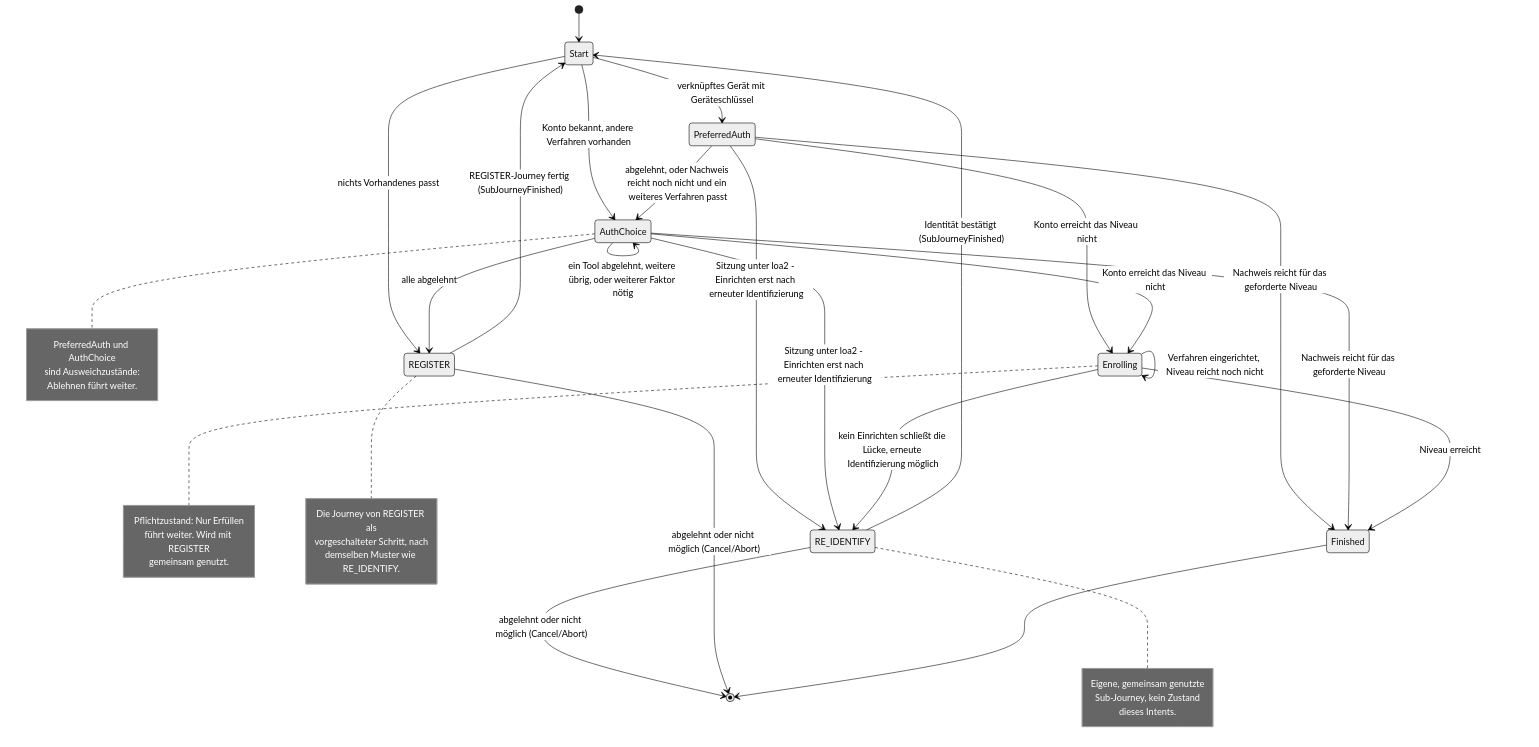
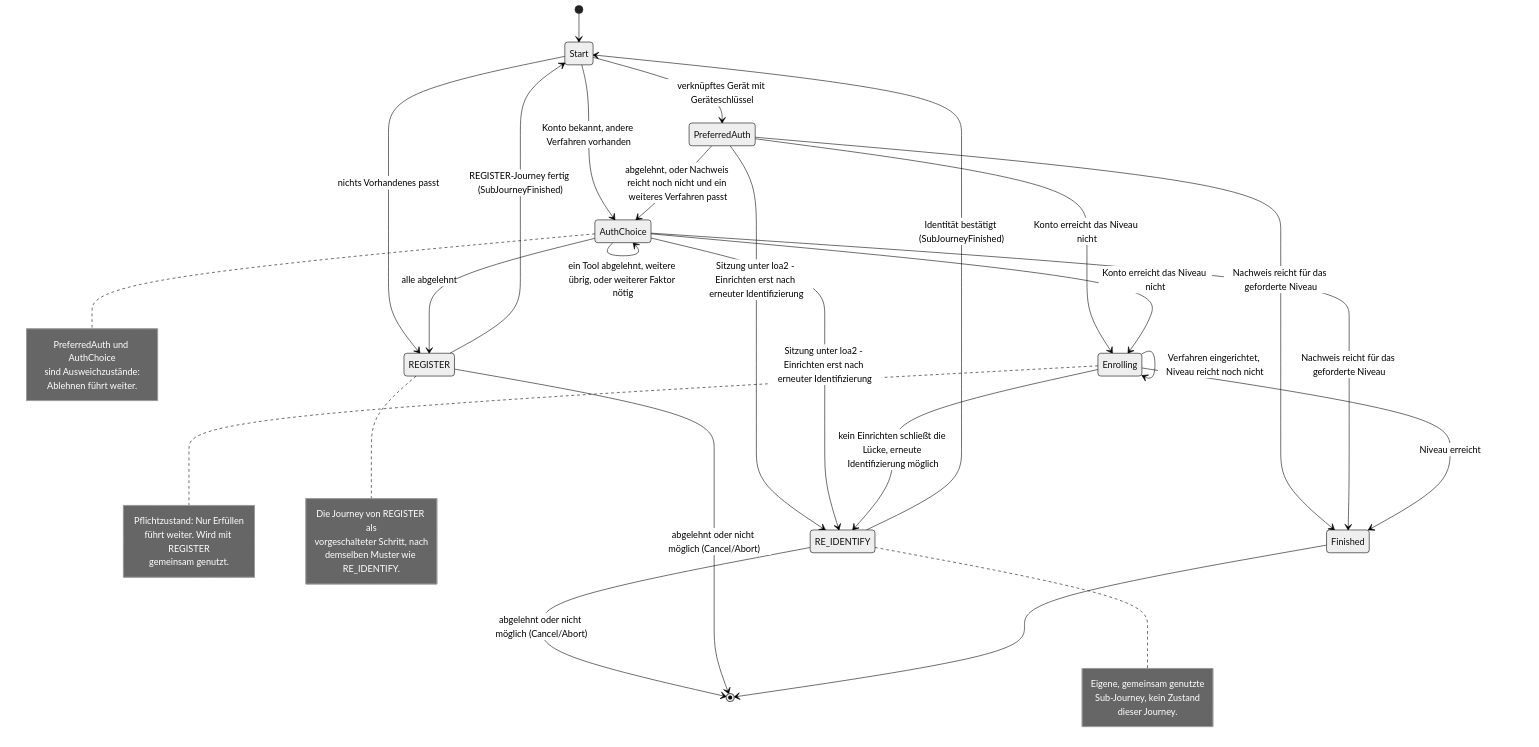
The diagram in docs/journeys/fast-access.md (rpreissel/identity-demo), drawn with Mermaid (neutral theme) before and after one commit. The commit also changed 154 other files, not shown here.

````diff
--- a/docs/journeys/fast-access.md
+++ b/docs/journeys/fast-access.md
@@ -13,51 +13,51 @@
 ```mermaid
 stateDiagram-v2
   [*] --> Start
   Start --> PreferredAuth: verknüpftes Gerät mit Geräteschlüssel
   Start --> AuthChoice: Konto bekannt, andere Verfahren vorhanden
   Start --> REGISTER: nichts Vorhandenes passt
 
   PreferredAuth --> AuthChoice: abgelehnt, oder Nachweis reicht noch nicht und ein weiteres Verfahren passt
   AuthChoice --> AuthChoice: ein Tool abgelehnt, weitere übrig, oder weiterer Faktor nötig
   AuthChoice --> REGISTER: alle abgelehnt
 
   PreferredAuth --> Finished: Nachweis reicht für das geforderte Niveau
   AuthChoice --> Finished: Nachweis reicht für das geforderte Niveau
   PreferredAuth --> Enrolling: Konto erreicht das Niveau nicht
   AuthChoice --> Enrolling: Konto erreicht das Niveau nicht
   PreferredAuth --> RE_IDENTIFY: Sitzung unter loa2 - Einrichten erst nach erneuter Identifizierung
   AuthChoice --> RE_IDENTIFY: Sitzung unter loa2 - Einrichten erst nach erneuter Identifizierung
 
   Enrolling --> Enrolling: Verfahren eingerichtet, Niveau reicht noch nicht
   Enrolling --> Finished: Niveau erreicht
 
   Enrolling --> RE_IDENTIFY: kein Einrichten schließt die Lücke, erneute Identifizierung möglich
   RE_IDENTIFY --> Start: Identität bestätigt (SubJourneyFinished)
   RE_IDENTIFY --> [*]: abgelehnt oder nicht möglich (Cancel/Abort)
 
   REGISTER --> Start: REGISTER-Journey fertig (SubJourneyFinished)
   REGISTER --> [*]: abgelehnt oder nicht möglich (Cancel/Abort)
 
   Finished --> [*]
 
   note right of AuthChoice
     PreferredAuth und AuthChoice
     sind Ausweichzustände:
     Ablehnen führt weiter.
   end note
   note right of Enrolling
     Pflichtzustand: Nur Erfüllen
     führt weiter. Wird mit REGISTER
     gemeinsam genutzt.
   end note
   note right of RE_IDENTIFY
     Eigene, gemeinsam genutzte
     Sub-Journey, kein Zustand
-    dieses Intents.
+    dieser Journey.
   end note
   note right of REGISTER
     Die Journey von REGISTER als
     vorgeschalteter Schritt, nach
     demselben Muster wie RE_IDENTIFY.
   end note
 ```
````
